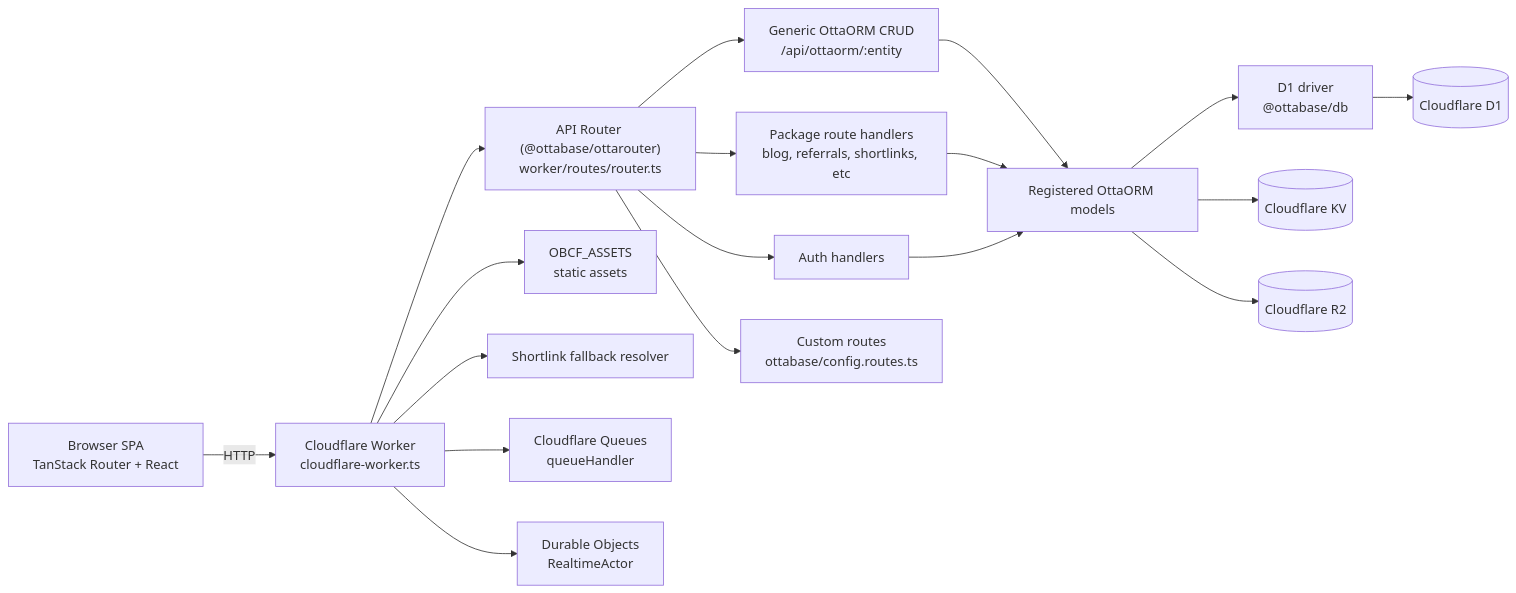
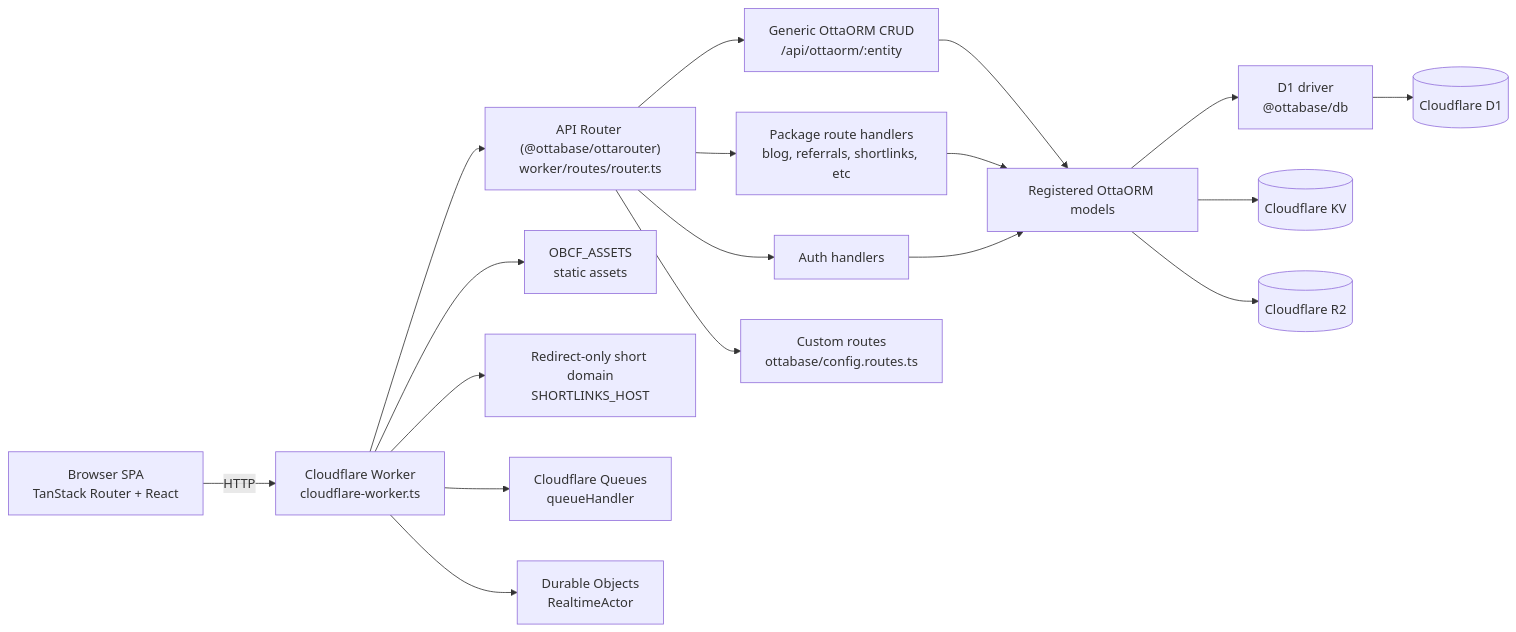
Before and after one commit to thinkdj/ottabase: the third of 13 diagrams in ARCHITECTURE.md, drawn with Mermaid. The commit also changed other lines of this file and 13 other files, not shown here.

First line of the commit message:
otta-web: short links at /s/<code>, and a redirect-only domain

````diff
--- a/ARCHITECTURE.md
+++ b/ARCHITECTURE.md
@@ -124,26 +124,26 @@
 ```mermaid
 flowchart LR
     Browser["Browser SPA<br/>TanStack Router + React"] -->|HTTP| Worker["Cloudflare Worker<br/>cloudflare-worker.ts"]
 
     Worker --> Router["API Router (@ottabase/ottarouter)<br/>worker/routes/router.ts"]
     Worker --> Assets["OBCF_ASSETS<br/>static assets"]
-    Worker --> ShortlinkFallback[Shortlink fallback resolver]
+    Worker --> ShortlinkHost["Redirect-only short domain<br/>SHORTLINKS_HOST"]
 
     Router --> Auth[Auth handlers]
     Router --> CRUD["Generic OttaORM CRUD<br/>/api/ottaorm/:entity"]
     Router --> PackageRoutes["Package route handlers<br/>blog, referrals, shortlinks, etc"]
     Router --> CustomRoutes["Custom routes<br/>ottabase/config.routes.ts"]
 
     Worker --> Queue["Cloudflare Queues<br/>queueHandler"]
     Worker --> DO["Durable Objects<br/>RealtimeActor"]
 
     CRUD --> Models[Registered OttaORM models]
     PackageRoutes --> Models
     Auth --> Models
 
     Models --> Driver["D1 driver<br/>@ottabase/db"]
     Driver --> D1[(Cloudflare D1)]
 
     Models --> KV[(Cloudflare KV)]
     Models --> R2[(Cloudflare R2)]
 ```
````
